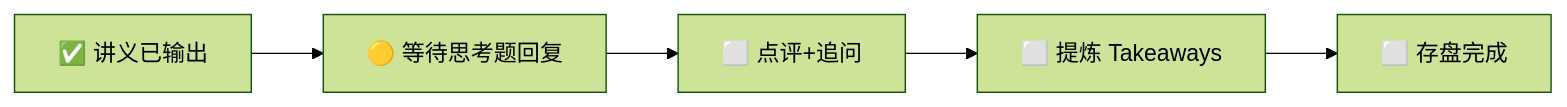
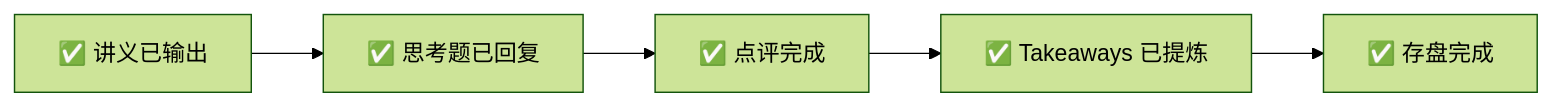
The diagram in docs/week-01/interaction.md (linyuhancelia/ai-industry-research), drawn with Mermaid (forest theme) before and after one commit. The commit also changed other lines of this file, not shown here.

````diff
--- a/docs/week-01/interaction.md
+++ b/docs/week-01/interaction.md
@@ -18,7 +18,7 @@
 ```mermaid
 graph LR
-    A["✅ 讲义已输出"] --> B["🟡 等待思考题回复"]
-    B --> C["⬜ 点评+追问"]
-    C --> D["⬜ 提炼 Takeaways"]
-    D --> E["⬜ 存盘完成"]
+    A["✅ 讲义已输出"] --> B["✅ 思考题已回复"]
+    B --> C["✅ 点评完成"]
+    C --> D["✅ Takeaways 已提炼"]
+    D --> E["✅ 存盘完成"]
 ```
````
